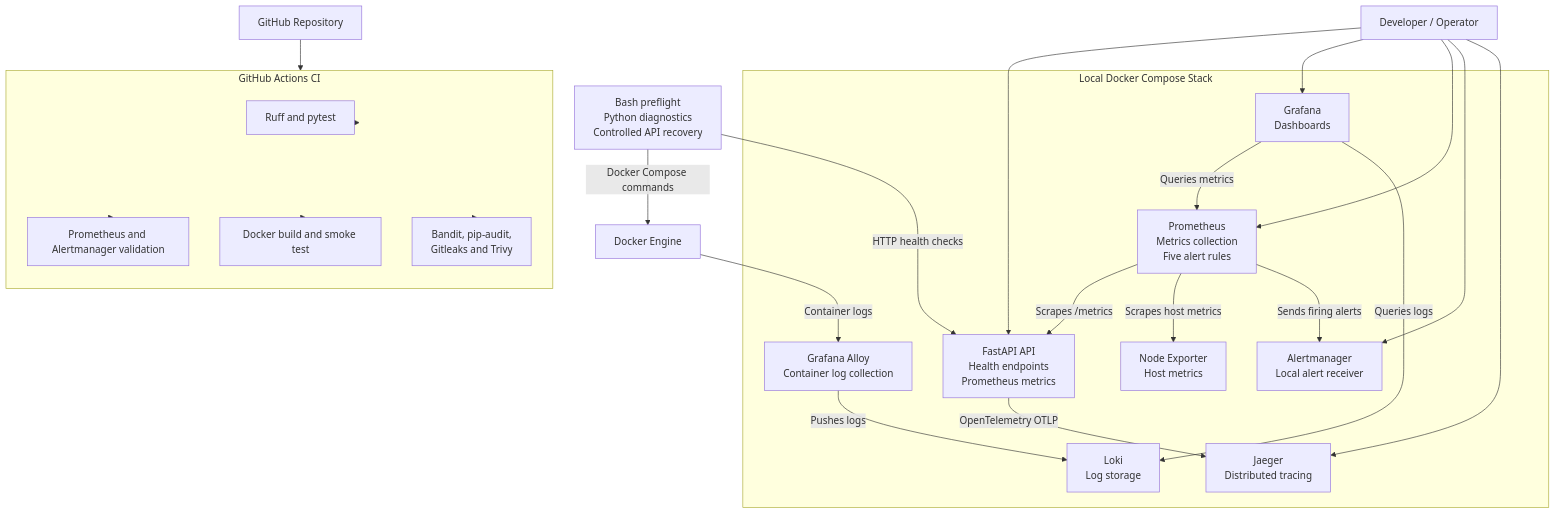
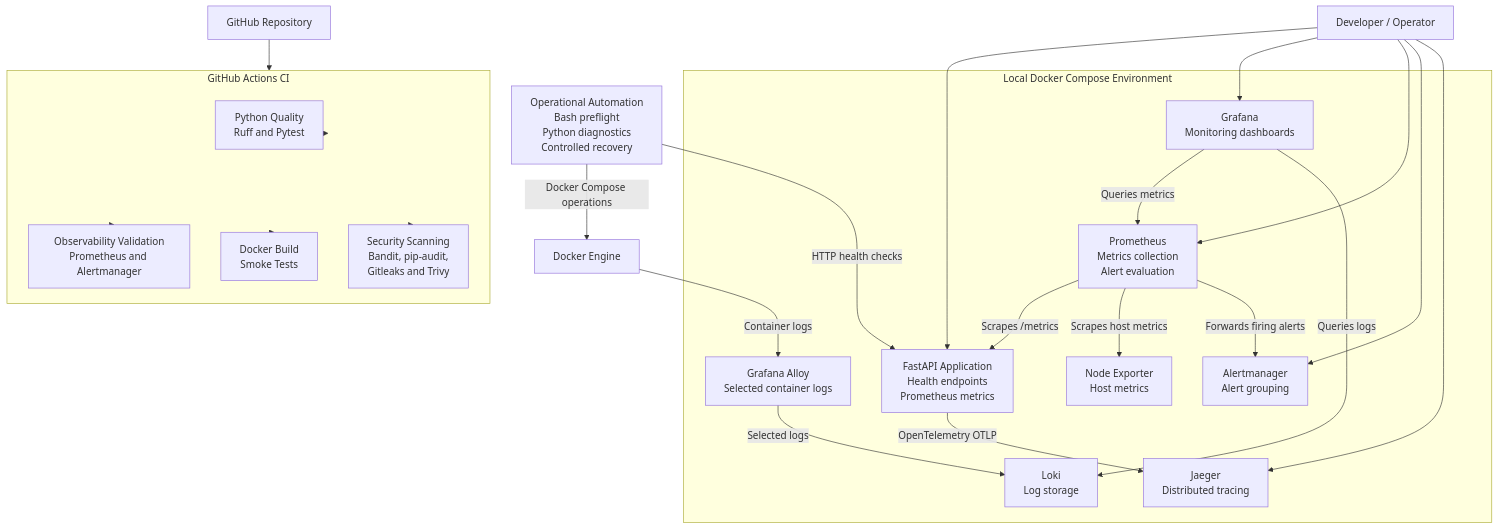
Before and after one commit to GowthamThalluri/opspulse-reliability-lab: the diagram in README.md, drawn with Mermaid. The commit also changed other lines of this file, not shown here.

````diff
--- a/README.md
+++ b/README.md
@@ -12,49 +13,60 @@
 ```mermaid
 flowchart TB
     Operator["Developer / Operator"]
 
-    subgraph Local["Local Docker Compose Stack"]
-        API["FastAPI API<br/>Health endpoints<br/>Prometheus metrics"]
-        Prom["Prometheus<br/>Metrics collection<br/>Five alert rules"]
-        AM["Alertmanager<br/>Local alert receiver"]
-        Grafana["Grafana<br/>Dashboards"]
-        Alloy["Grafana Alloy<br/>Container log collection"]
+    subgraph Local["Local Docker Compose Environment"]
+        API["FastAPI Application<br/>Health endpoints<br/>Prometheus metrics"]
+
+        Prom["Prometheus<br/>Metrics collection<br/>Alert evaluation"]
+
+        AM["Alertmanager<br/>Alert grouping"]
+
+        Grafana["Grafana<br/>Monitoring dashboards"]
+
+        Alloy["Grafana Alloy<br/>Selected container logs"]
+
         Loki["Loki<br/>Log storage"]
+
         Jaeger["Jaeger<br/>Distributed tracing"]
+
         Node["Node Exporter<br/>Host metrics"]
     end
 
     Docker["Docker Engine"]
-    Scripts["Bash preflight<br/>Python diagnostics<br/>Controlled API recovery"]
+
+    Scripts["Operational Automation<br/>Bash preflight<br/>Python diagnostics<br/>Controlled recovery"]
 
     subgraph CI["GitHub Actions CI"]
-        Quality["Ruff and pytest"]
-        Observability["Prometheus and Alertmanager validation"]
-        Build["Docker build and smoke test"]
-        Security["Bandit, pip-audit,<br/>Gitleaks and Trivy"]
+        Quality["Python Quality<br/>Ruff and Pytest"]
+        Observability["Observability Validation<br/>Prometheus and Alertmanager"]
+        Build["Docker Build<br/>Smoke Tests"]
+        Security["Security Scanning<br/>Bandit, pip-audit,<br/>Gitleaks and Trivy"]
     end
 
     Prom -->|"Scrapes /metrics"| API
     Prom -->|"Scrapes host metrics"| Node
-    Prom -->|"Sends firing alerts"| AM
+    Prom -->|"Forwards firing alerts"| AM
+
     Grafana -->|"Queries metrics"| Prom
     Grafana -->|"Queries logs"| Loki
+
     API -->|"OpenTelemetry OTLP"| Jaeger
+
     Docker -->|"Container logs"| Alloy
-    Alloy -->|"Pushes logs"| Loki
+    Alloy -->|"Selected logs"| Loki
 
-    Scripts -->|"Docker Compose commands"| Docker
+    Scripts -->|"Docker Compose operations"| Docker
     Scripts -->|"HTTP health checks"| API
 
     Operator --> API
     Operator --> Grafana
     Operator --> Prom
     Operator --> AM
     Operator --> Jaeger
 
     Source["GitHub Repository"] --> CI
     CI --> Quality
     CI --> Observability
     CI --> Build
     CI --> Security
 ```
````
